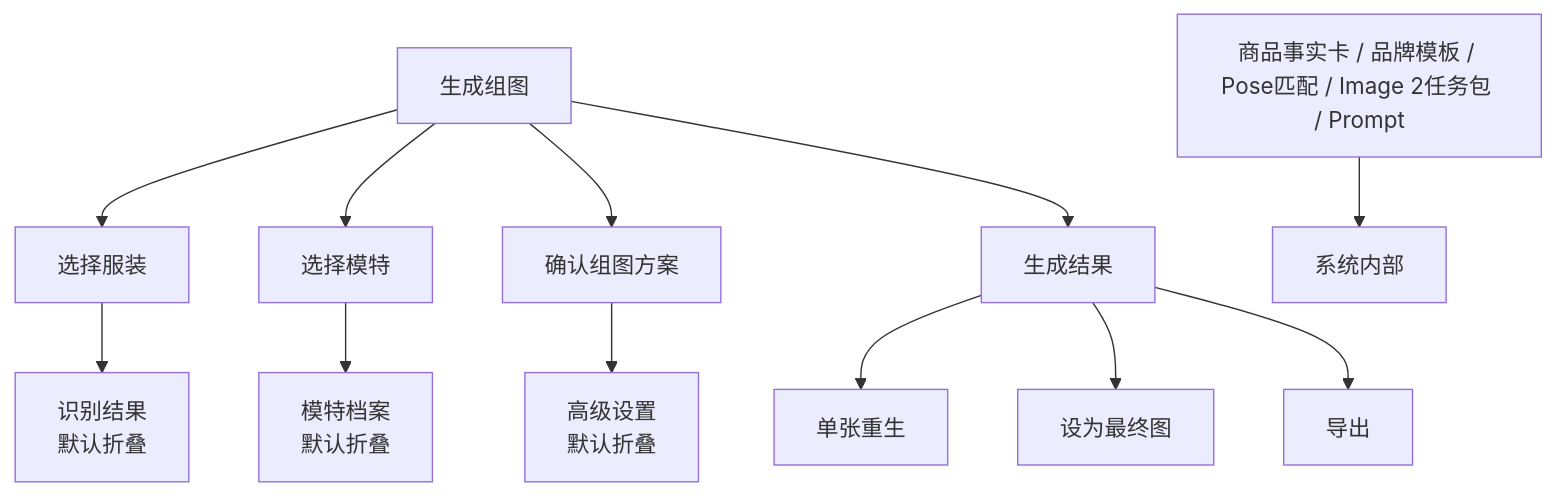
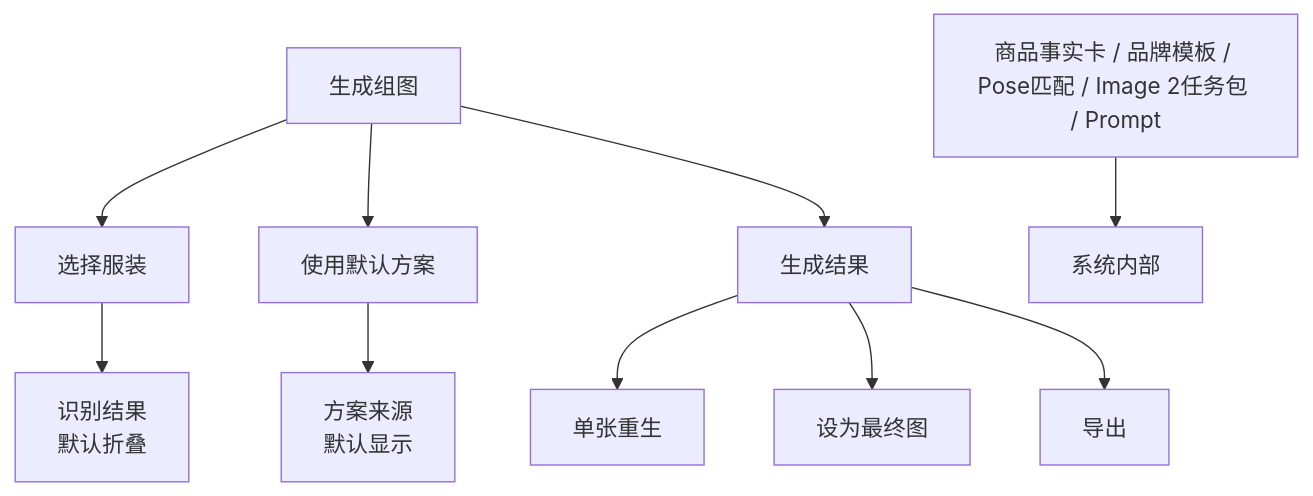
One commit to happyvchen/ruyi-dream changed the diagram in design/03_ux_guide/user_uiux.md. Above: the diagram before and after it, drawn with Mermaid. The commit also changed other lines of this file and 32 other files, not shown here.

````diff
--- a/design/03_ux_guide/user_uiux.md
+++ b/design/03_ux_guide/user_uiux.md
@@ -108,16 +106,14 @@
 ```mermaid
 flowchart TD
   A["生成组图"] --> B["选择服装"]
-  A --> C["选择模特"]
-  A --> D["确认组图方案"]
+  A --> C["使用默认方案"]
   A --> E["生成结果"]
 
   B --> B1["识别结果<br/>默认折叠"]
-  C --> C1["模特档案<br/>默认折叠"]
-  D --> D1["高级设置<br/>默认折叠"]
+  C --> C1["方案来源<br/>默认显示"]
   E --> E1["单张重生"]
   E --> E2["设为最终图"]
   E --> E3["导出"]
 
   X["商品事实卡 / 品牌模板 / Pose匹配 / Image 2任务包 / Prompt"] --> Y["系统内部"]
 ```
````
